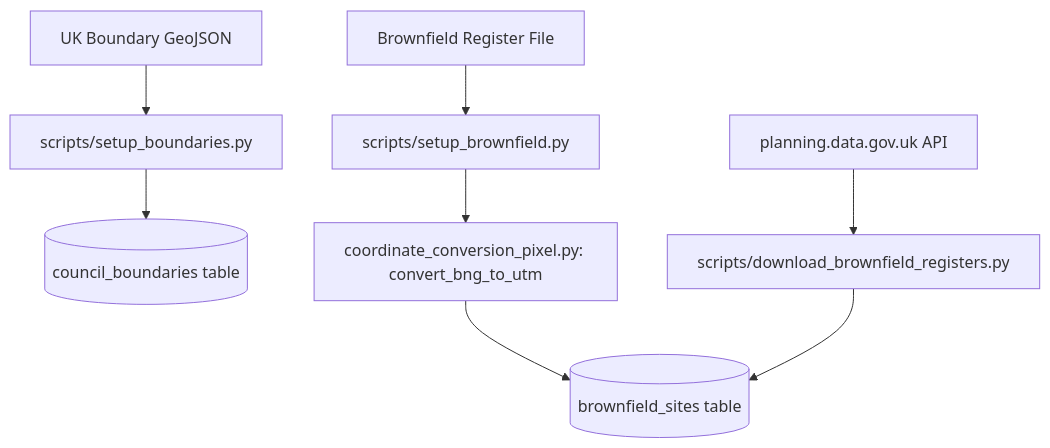
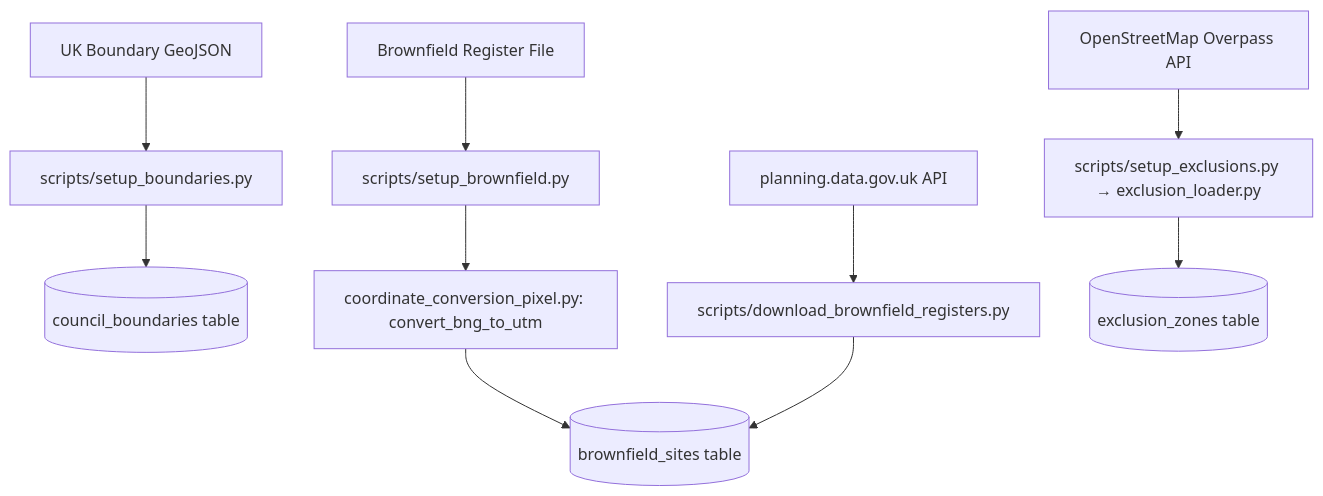
Before and after one commit to LukeWardle/sentinel2-brownfield-stoke: the second of 3 diagrams in DESIGN.md, drawn with Mermaid. The commit also changed other lines of this file and 2 other files, not shown here.

````diff
--- a/DESIGN.md
+++ b/DESIGN.md
@@ -50,10 +51,12 @@
 ```mermaid
 graph TD
     A[UK Boundary GeoJSON] --> B[scripts/setup_boundaries.py]
     B --> C[(council_boundaries table)]
     D[Brownfield Register File] --> E[scripts/setup_brownfield.py]
     E --> F[coordinate_conversion_pixel.py: convert_bng_to_utm]
     F --> G[(brownfield_sites table)]
     H[planning.data.gov.uk API] --> I[scripts/download_brownfield_registers.py]
     I --> G
+    J[OpenStreetMap Overpass API] --> K[scripts/setup_exclusions.py → exclusion_loader.py]
+    K --> L[(exclusion_zones table)]
 ```
````
